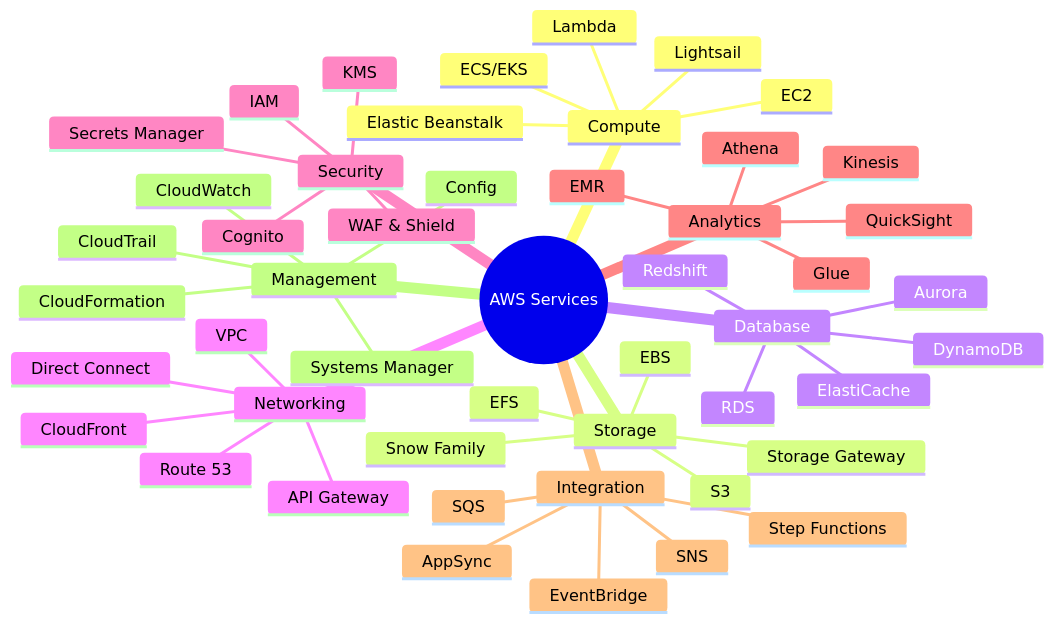
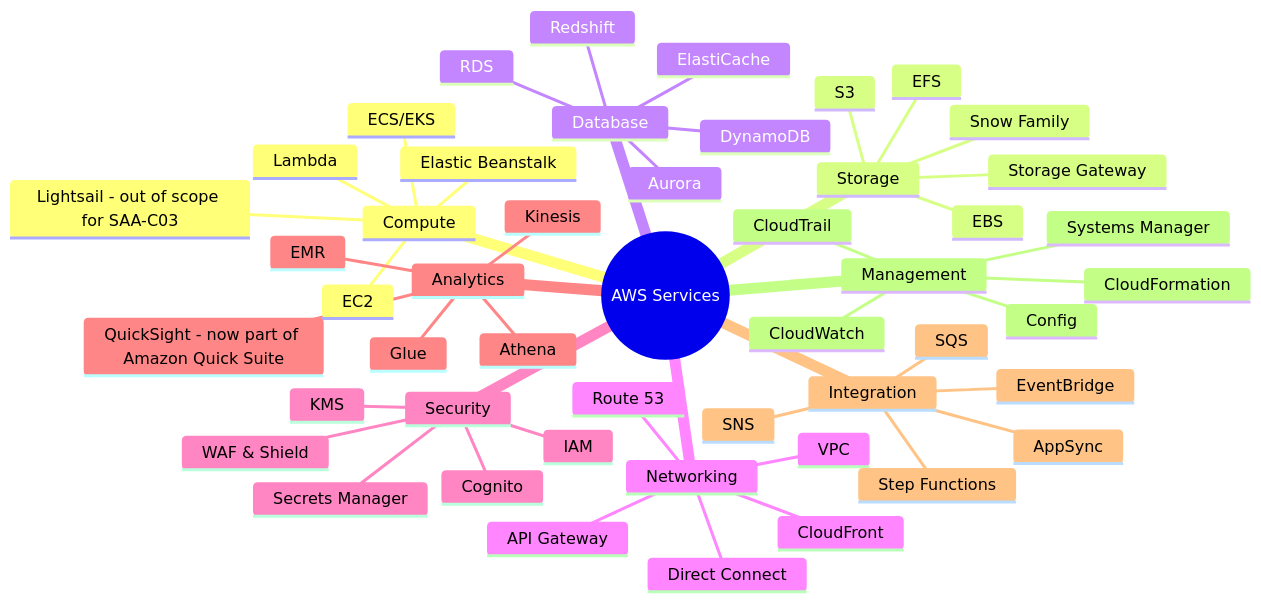
The tenth of 15 diagrams in 01-AWS-Fundamentals/DIAGRAMS.md (vanhoangkha/aws-saa-c03-study-guide-), drawn with Mermaid before and after one commit. The commit also changed other lines of this file and 9 other files, not shown here.

````diff
--- a/01-AWS-Fundamentals/DIAGRAMS.md
+++ b/01-AWS-Fundamentals/DIAGRAMS.md
@@ -380,52 +381,52 @@
 ```mermaid
 mindmap
     root((AWS Services))
         Compute
             EC2
             Lambda
             ECS/EKS
             Elastic Beanstalk
-            Lightsail
+            Lightsail - out of scope for SAA-C03
         Storage
             S3
             EBS
             EFS
             Storage Gateway
             Snow Family
         Database
             RDS
             DynamoDB
             Aurora
             ElastiCache
             Redshift
         Networking
             VPC
             Route 53
             CloudFront
             Direct Connect
             API Gateway
         Security
             IAM
             Cognito
             Secrets Manager
             WAF & Shield
             KMS
         Analytics
             Athena
             EMR
             Kinesis
-            QuickSight
+            QuickSight - now part of Amazon Quick Suite
             Glue
         Integration
             SQS
             SNS
             EventBridge
             Step Functions
             AppSync
         Management
             CloudWatch
             CloudFormation
             Systems Manager
             CloudTrail
             Config
 ```
````
